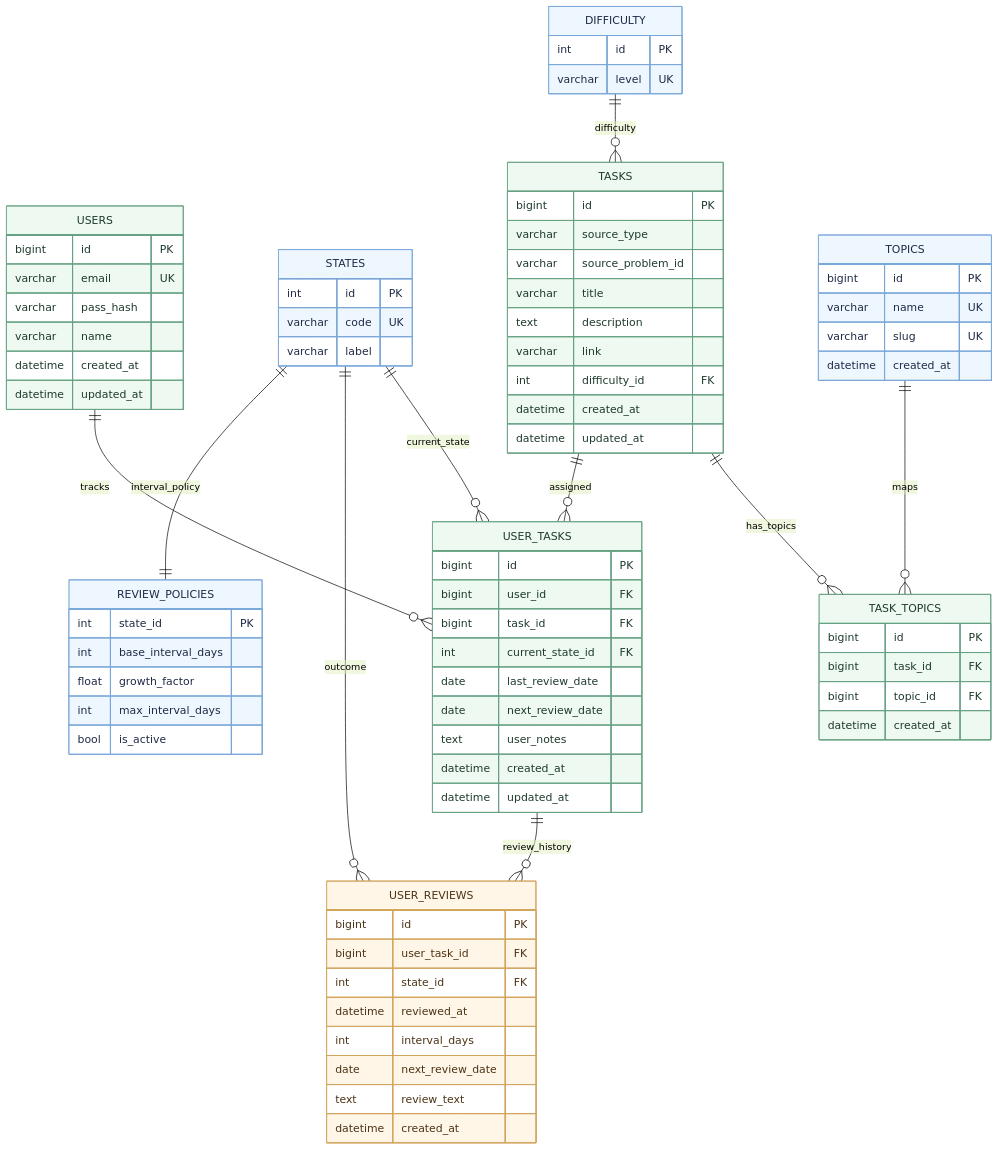
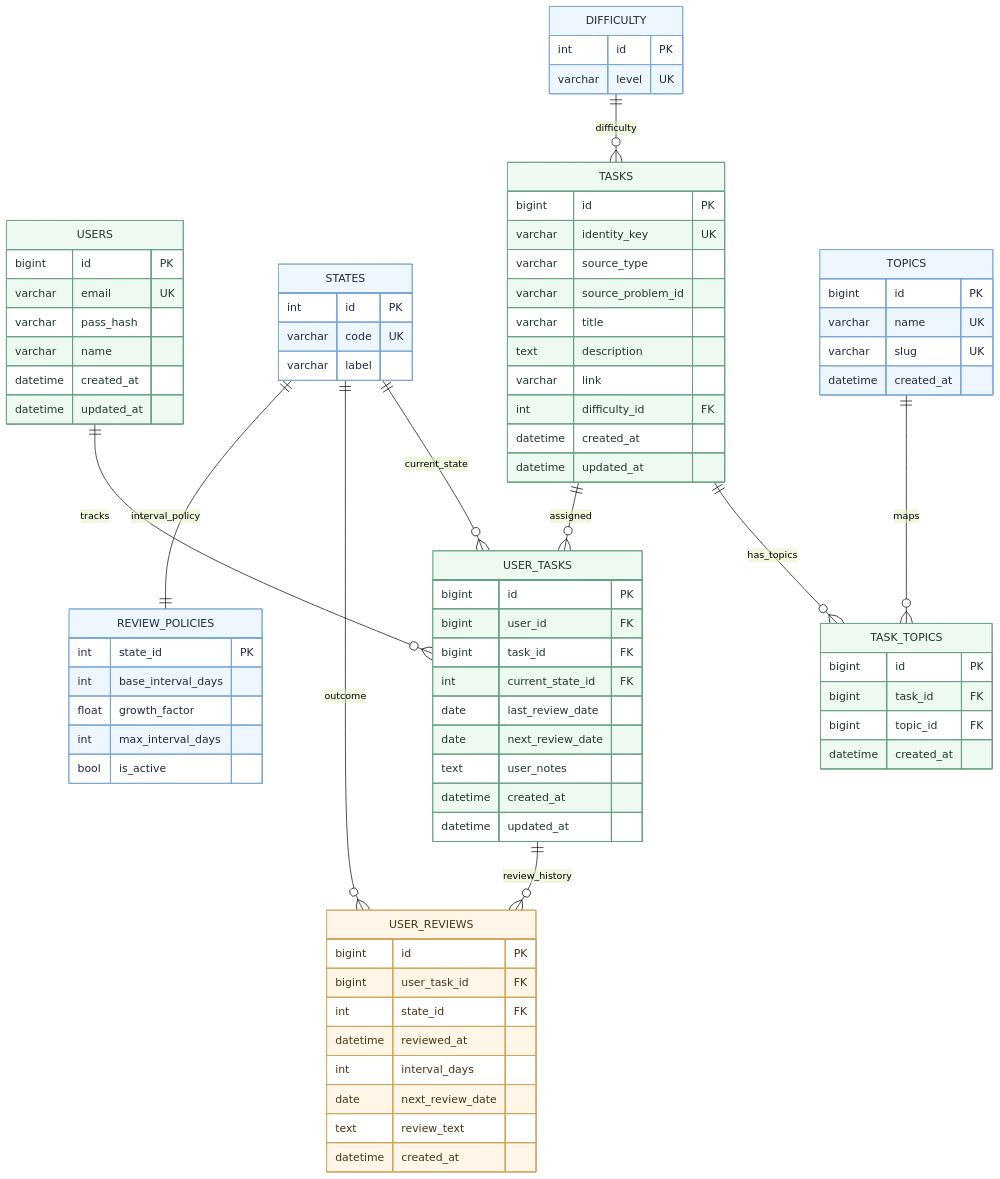
One commit to gleb7499/Leetcode-tracker changed the diagram in DATABASE_DIAGRAM.md. Above: the diagram before and after it, drawn with Mermaid (forest theme). The commit also changed other lines of this file and 1 other file, not shown here.

```diff
--- a/DATABASE_DIAGRAM.md
+++ b/DATABASE_DIAGRAM.md
@@ -54,6 +56,7 @@
 
     TASKS {
         bigint id PK
+        varchar identity_key UK
         varchar source_type
         varchar source_problem_id
         varchar title
```
